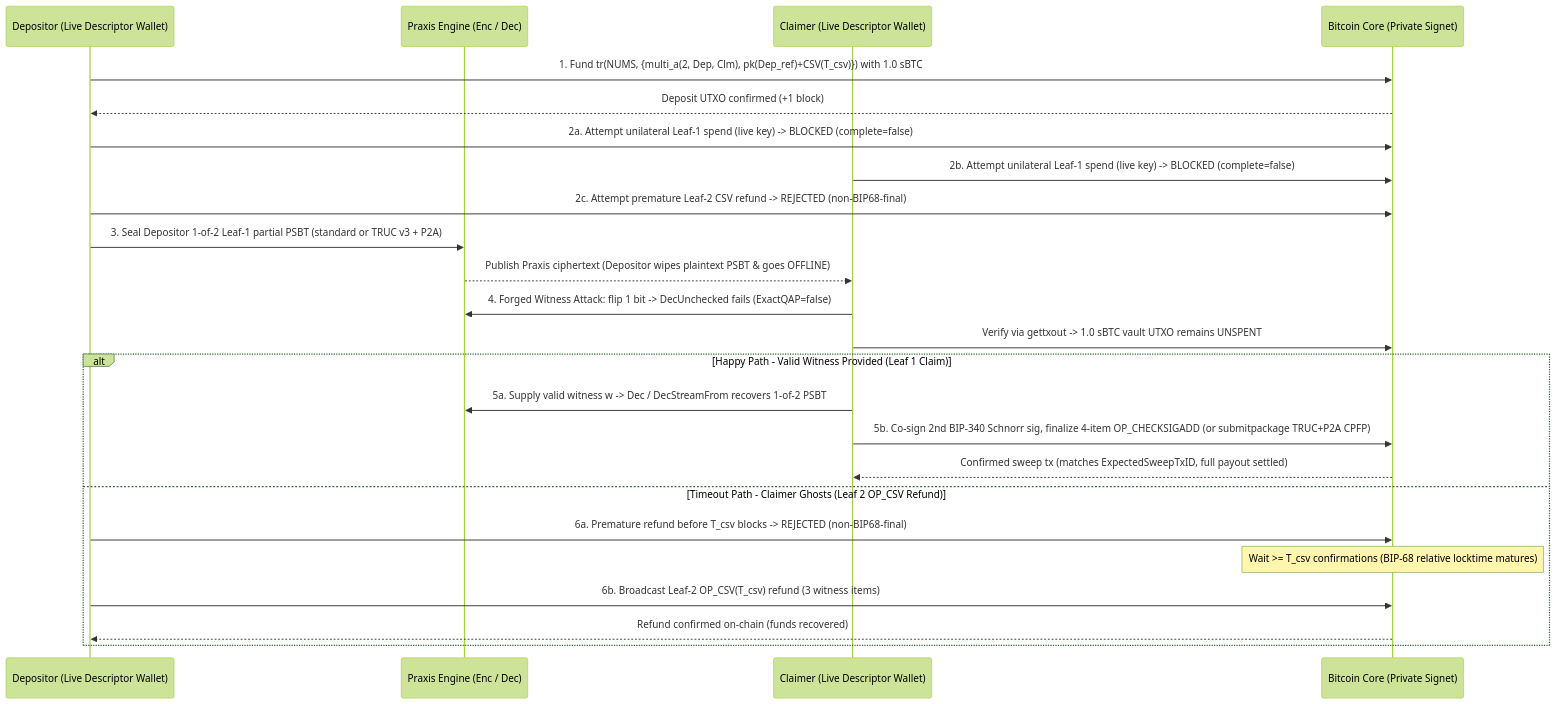
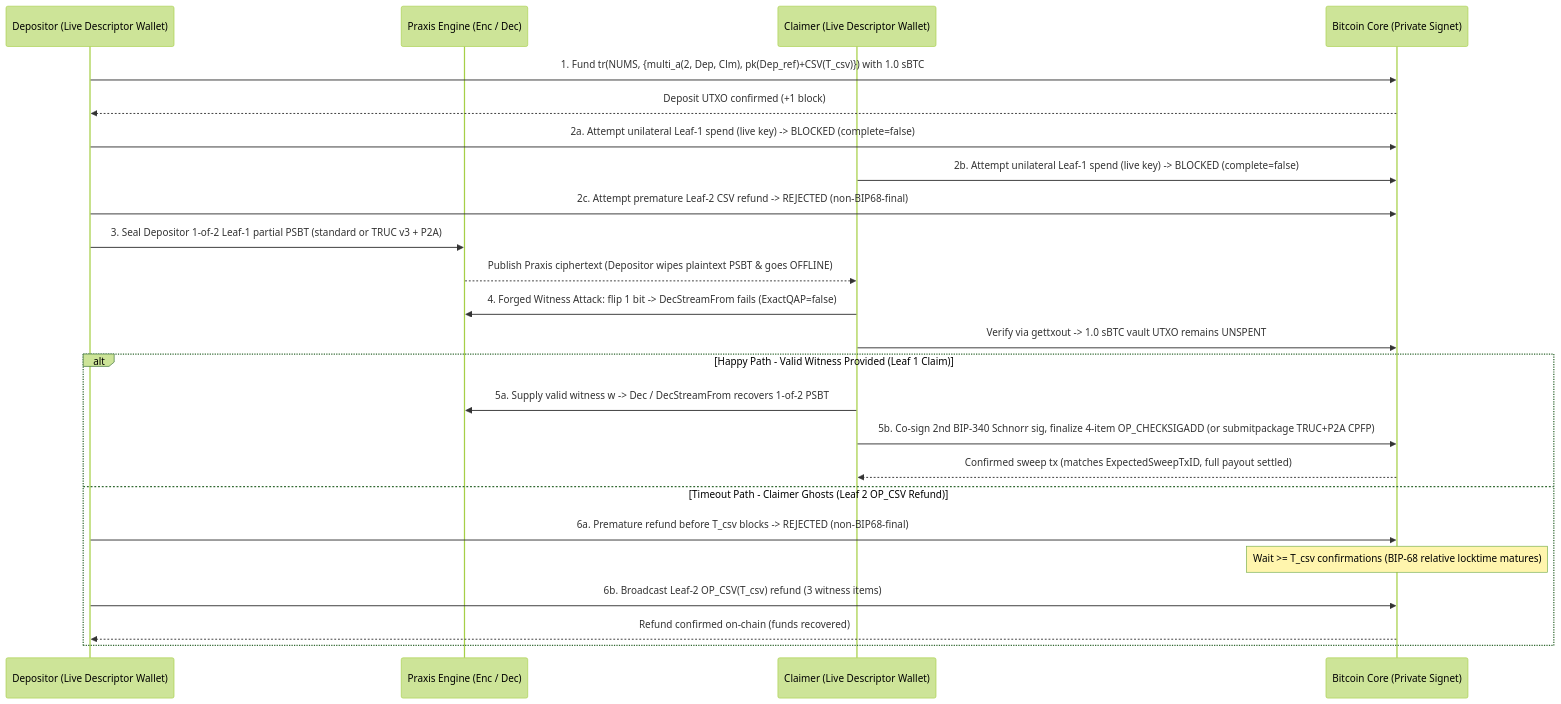
Before and after one commit to redstar-systems/praxis-demo: the second of 2 diagrams in docs/WHITEPAPER.md, drawn with Mermaid (forest theme). The commit also changed other lines of this file and 4 other files, not shown here.

````diff
--- a/docs/WHITEPAPER.md
+++ b/docs/WHITEPAPER.md
@@ -223,30 +232,30 @@
 ```mermaid
 sequenceDiagram
   participant Dep as Depositor (Live Descriptor Wallet)
   participant Praxis as Praxis Engine (Enc / Dec)
   participant Clm as Claimer (Live Descriptor Wallet)
   participant BTC as Bitcoin Core (Private Signet)
 
   Dep->>BTC: 1. Fund tr(NUMS, {multi_a(2, Dep, Clm), pk(Dep_ref)+CSV(T_csv)}) with 1.0 sBTC
   BTC-->>Dep: Deposit UTXO confirmed (+1 block)
   Dep->>BTC: 2a. Attempt unilateral Leaf-1 spend (live key) -> BLOCKED (complete=false)
   Clm->>BTC: 2b. Attempt unilateral Leaf-1 spend (live key) -> BLOCKED (complete=false)
   Dep->>BTC: 2c. Attempt premature Leaf-2 CSV refund -> REJECTED (non-BIP68-final)
 
   Dep->>Praxis: 3. Seal Depositor 1-of-2 Leaf-1 partial PSBT (standard or TRUC v3 + P2A)
   Praxis-->>Clm: Publish Praxis ciphertext (Depositor wipes plaintext PSBT & goes OFFLINE)
 
-  Clm->>Praxis: 4. Forged Witness Attack: flip 1 bit -> DecUnchecked fails (ExactQAP=false)
+  Clm->>Praxis: 4. Forged Witness Attack: flip 1 bit -> DecStreamFrom fails (ExactQAP=false)
   Clm->>BTC: Verify via gettxout -> 1.0 sBTC vault UTXO remains UNSPENT
 
   alt Happy Path - Valid Witness Provided (Leaf 1 Claim)
     Clm->>Praxis: 5a. Supply valid witness w -> Dec / DecStreamFrom recovers 1-of-2 PSBT
     Clm->>BTC: 5b. Co-sign 2nd BIP-340 Schnorr sig, finalize 4-item OP_CHECKSIGADD (or submitpackage TRUC+P2A CPFP)
     BTC-->>Clm: Confirmed sweep tx (matches ExpectedSweepTxID, full payout settled)
   else Timeout Path - Claimer Ghosts (Leaf 2 OP_CSV Refund)
     Dep->>BTC: 6a. Premature refund before T_csv blocks -> REJECTED (non-BIP68-final)
     Note over BTC: Wait >= T_csv confirmations (BIP-68 relative locktime matures)
     Dep->>BTC: 6b. Broadcast Leaf-2 OP_CSV(T_csv) refund (3 witness items)
     BTC-->>Dep: Refund confirmed on-chain (funds recovered)
   end
 ```
````
